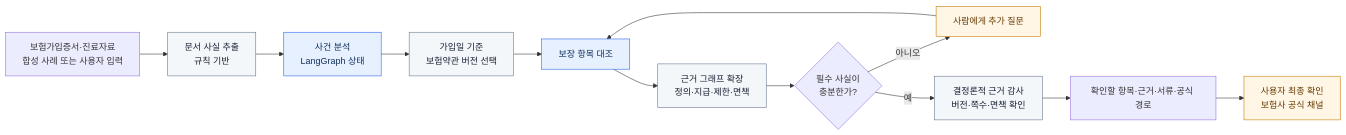
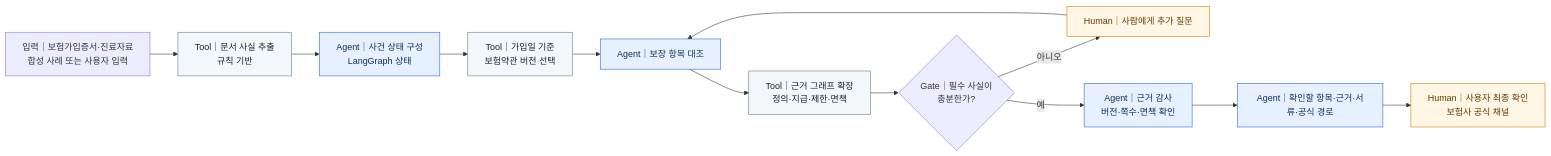
The diagram in docs/diagrams/agentic-evidence-flow.mmd (turtlehwan/2026-finance-ai-challenge), drawn with Mermaid before and after one commit. The commit also changed 7 other files, not shown here.

```diff
--- a/docs/diagrams/agentic-evidence-flow.mmd
+++ b/docs/diagrams/agentic-evidence-flow.mmd
@@ -1,19 +1,19 @@
 flowchart LR
-    A["보험가입증서·진료자료\n합성 사례 또는 사용자 입력"] --> B["문서 사실 추출\n규칙 기반"]
-    B --> C["사건 분석\nLangGraph 상태"]
-    C --> D["가입일 기준\n보험약관 버전 선택"]
-    D --> E["보장 항목 대조"]
-    E --> F["근거 그래프 확장\n정의·지급·제한·면책"]
-    F --> G{"필수 사실이\n충분한가?"}
-    G -- "아니오" --> H["사람에게 추가 질문"]
+    A["입력｜보험가입증서·진료자료\n합성 사례 또는 사용자 입력"] --> B["Tool｜문서 사실 추출\n규칙 기반"]
+    B --> C["Agent｜사건 상태 구성\nLangGraph 상태"]
+    C --> D["Tool｜가입일 기준\n보험약관 버전 선택"]
+    D --> E["Agent｜보장 항목 대조"]
+    E --> F["Tool｜근거 그래프 확장\n정의·지급·제한·면책"]
+    F --> G{"Gate｜필수 사실이\n충분한가?"}
+    G -- "아니오" --> H["Human｜사람에게 추가 질문"]
     H --> E
-    G -- "예" --> I["결정론적 근거 감사\n버전·쪽수·면책 확인"]
-    I --> J["확인할 항목·근거·서류·공식 경로"]
-    J --> K["사용자 최종 확인\n보험사 공식 채널"]
+    G -- "예" --> I["Agent｜근거 감사\n버전·쪽수·면책 확인"]
+    I --> J["Agent｜확인할 항목·근거·서류·공식 경로"]
+    J --> K["Human｜사용자 최종 확인\n보험사 공식 채널"]
 
     classDef agent fill:#E7F0FF,stroke:#2563EB,color:#0F2E59;
     classDef tool fill:#F4F7FA,stroke:#64748B,color:#172033;
     classDef human fill:#FFF6E5,stroke:#C87900,color:#653900;
-    class C,E agent;
-    class B,D,F,I tool;
+    class C,E,I,J agent;
+    class B,D,F tool;
     class H,K human;
```
